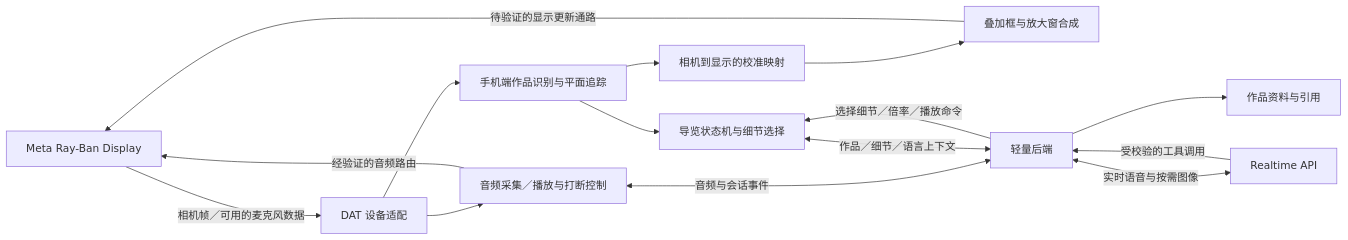
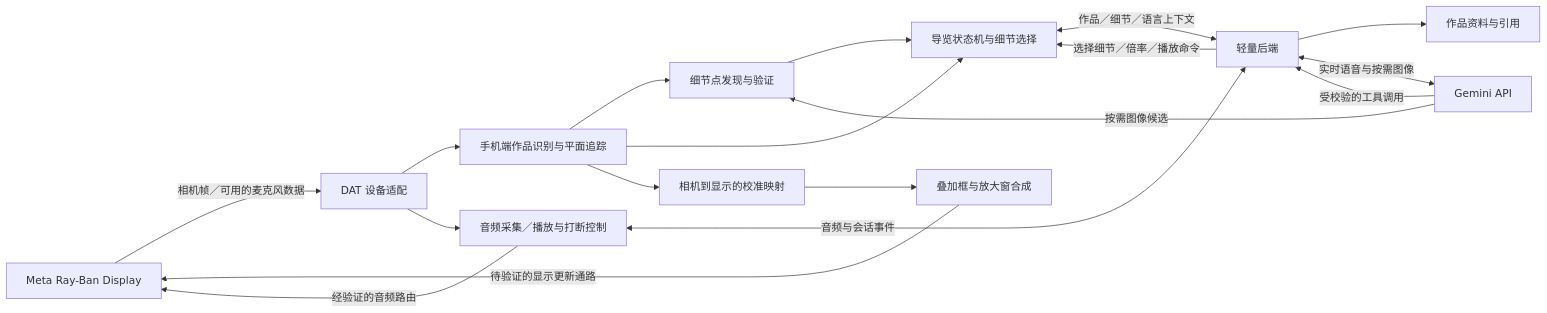
The diagram in docs/02-technical-design.md (Teeeeeemo/Junction_Hannah_family_Meta_AI), drawn with Mermaid before and after one commit. The commit also changed other lines of this file and 34 other files, not shown here.

````diff
--- a/docs/02-technical-design.md
+++ b/docs/02-technical-design.md
@@ -23,17 +29,20 @@
 ```mermaid
 flowchart LR
     G[Meta Ray-Ban Display] -->|相机帧／可用的麦克风数据| D[DAT 设备适配]
     D --> V[手机端作品识别与平面追踪]
+    V --> F[细节点发现与验证]
+    L -->|按需图像候选| F
+    F --> S
     V --> S[导览状态机与细节选择]
     V --> C[相机到显示的校准映射]
     C --> R[叠加框与放大窗合成]
     R -->|待验证的显示更新通路| G
     D --> A[音频采集／播放与打断控制]
     A <-->|音频与会话事件| B[轻量后端]
     S <-->|作品／细节／语言上下文| B
     B --> K[作品资料与引用]
-    B <-->|实时语音与按需图像| L[Realtime API]
+    B <-->|实时语音与按需图像| L[Gemini API]
     L -->|受校验的工具调用| B
     B -->|选择细节／倍率／播放命令| S
     A -->|经验证的音频路由| G
 ```
````
